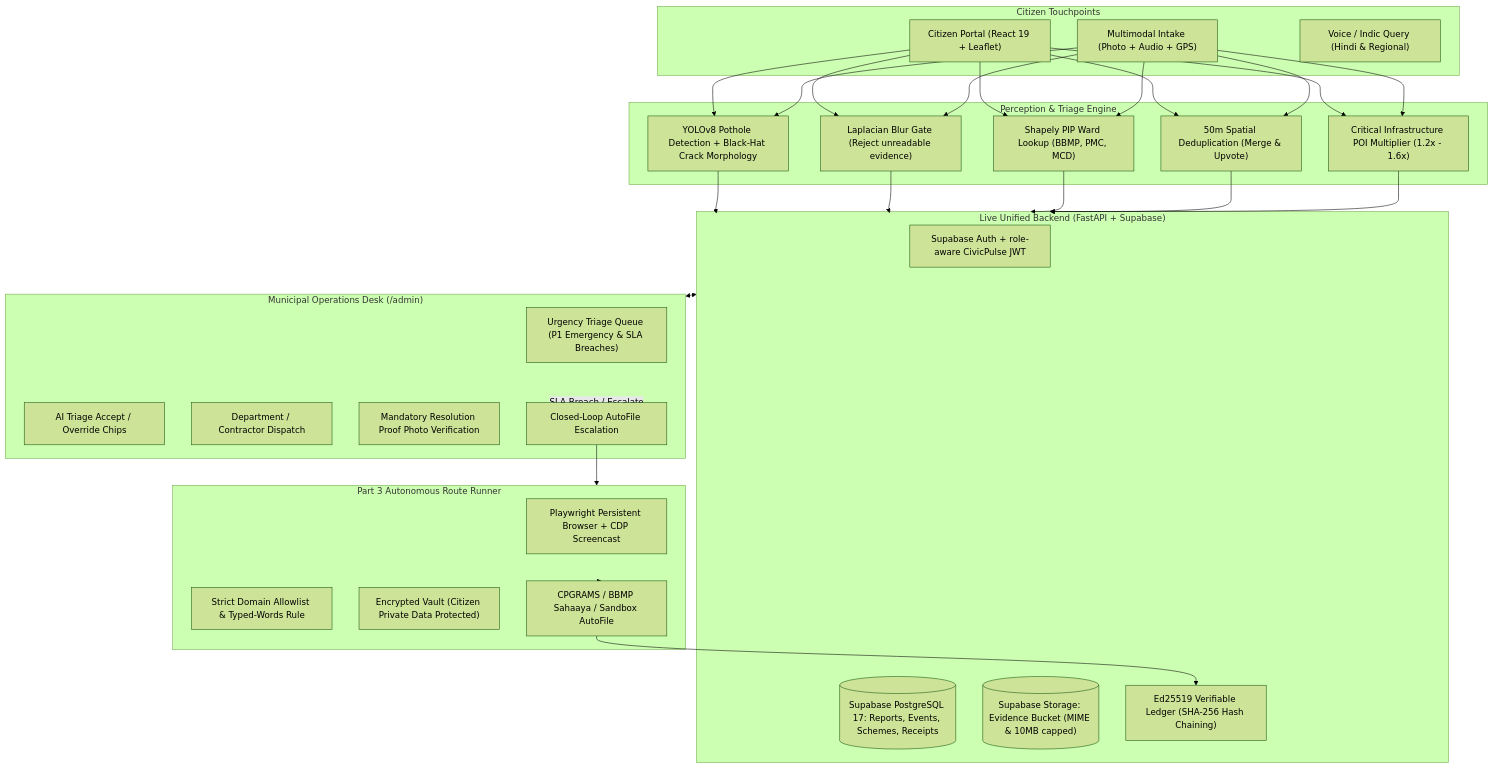
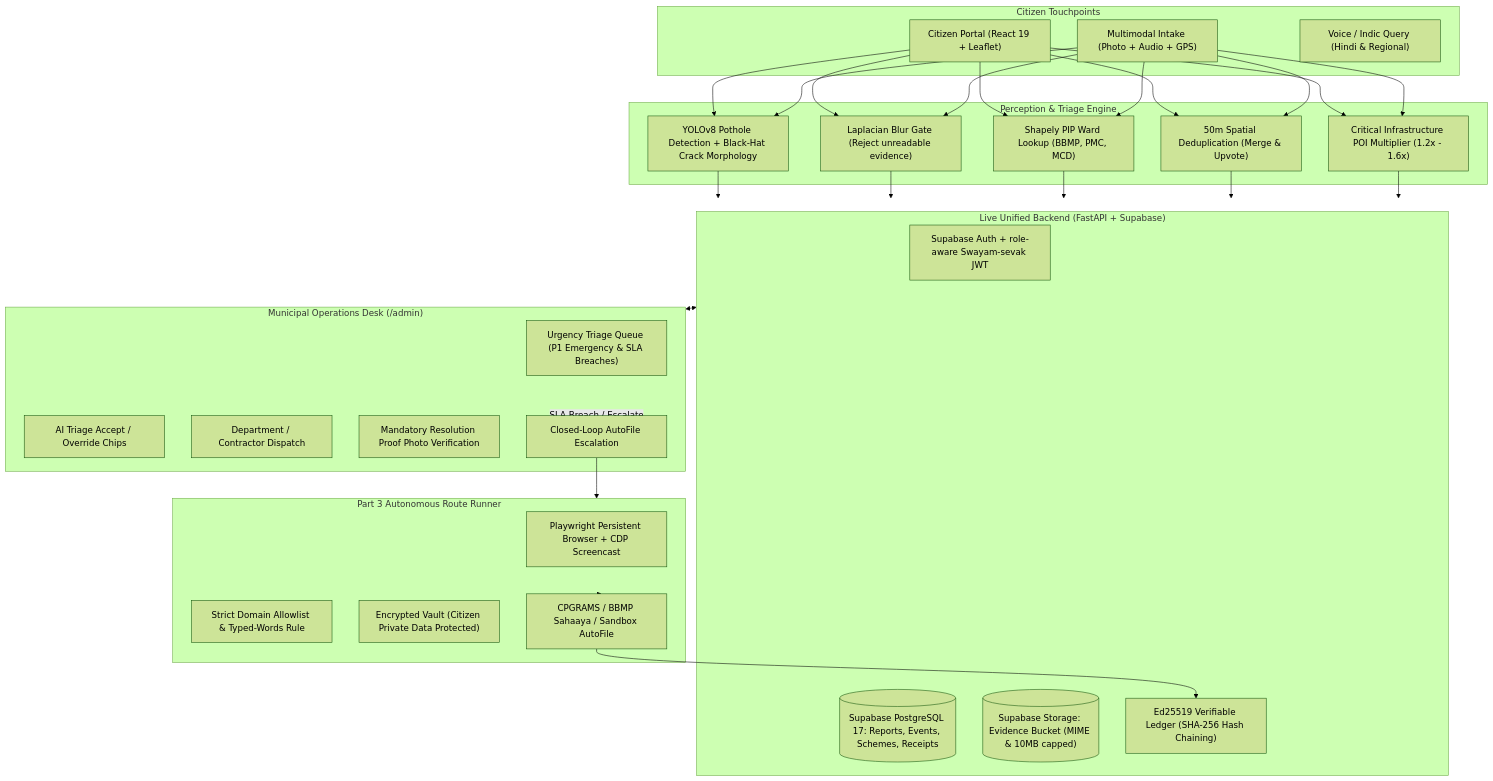
Before and after one commit to Kanhaiya76618/civic-pilot: the diagram in README.md, drawn with Mermaid (forest theme). The commit also changed other lines of this file and 40 other files, not shown here.

First line of the commit message:
Rename the product from Civic Pulse to Swayam-sevak

````diff
--- a/README.md
+++ b/README.md
@@ -14,44 +14,44 @@
 ```mermaid
 flowchart TD
     subgraph Citizens["Citizen Touchpoints"]
         C1["Citizen Portal (React 19 + Leaflet)"]
         C2["Multimodal Intake (Photo + Audio + GPS)"]
         C3["Voice / Indic Query (Hindi & Regional)"]
     end
 
     subgraph Perception["Perception & Triage Engine"]
         CV["YOLOv8 Pothole Detection + Black-Hat Crack Morphology"]
         BLUR["Laplacian Blur Gate (Reject unreadable evidence)"]
         GIS["Shapely PIP Ward Lookup (BBMP, PMC, MCD)"]
         DEDUP["50m Spatial Deduplication (Merge & Upvote)"]
         POI["Critical Infrastructure POI Multiplier (1.2x - 1.6x)"]
     end
 
     subgraph Backend["Live Unified Backend (FastAPI + Supabase)"]
-        AUTH["Supabase Auth + role-aware CivicPulse JWT"]
+        AUTH["Supabase Auth + role-aware Swayam-sevak JWT"]
         DB[("Supabase PostgreSQL 17: Reports, Events, Schemes, Receipts")]
         STORAGE[("Supabase Storage: Evidence Bucket (MIME & 10MB capped)")]
         LEDGER["Ed25519 Verifiable Ledger (SHA-256 Hash Chaining)"]
     end
 
     subgraph AdminDesk["Municipal Operations Desk (/admin)"]
         QUEUE["Urgency Triage Queue (P1 Emergency & SLA Breaches)"]
         OVERRIDE["AI Triage Accept / Override Chips"]
         ASSIGN["Department / Contractor Dispatch"]
         RESOLVE["Mandatory Resolution Proof Photo Verification"]
         ESCALATE["Closed-Loop AutoFile Escalation"]
     end
 
     subgraph Agent["Part 3 Autonomous Route Runner"]
         BROWSER["Playwright Persistent Browser + CDP Screencast"]
         ALLOWLIST["Strict Domain Allowlist & Typed-Words Rule"]
         VAULT["Encrypted Vault (Citizen Private Data Protected)"]
         CPGRAMS["CPGRAMS / BBMP Sahaaya / Sandbox AutoFile"]
     end
 
     C1 & C2 --> CV & BLUR & GIS & DEDUP & POI
     CV & BLUR & GIS & DEDUP & POI --> Backend
     Backend <--> AdminDesk
     AdminDesk -->|SLA Breach / Escalate| ESCALATE --> Agent
     Agent --> CPGRAMS --> LEDGER
 ```
````
